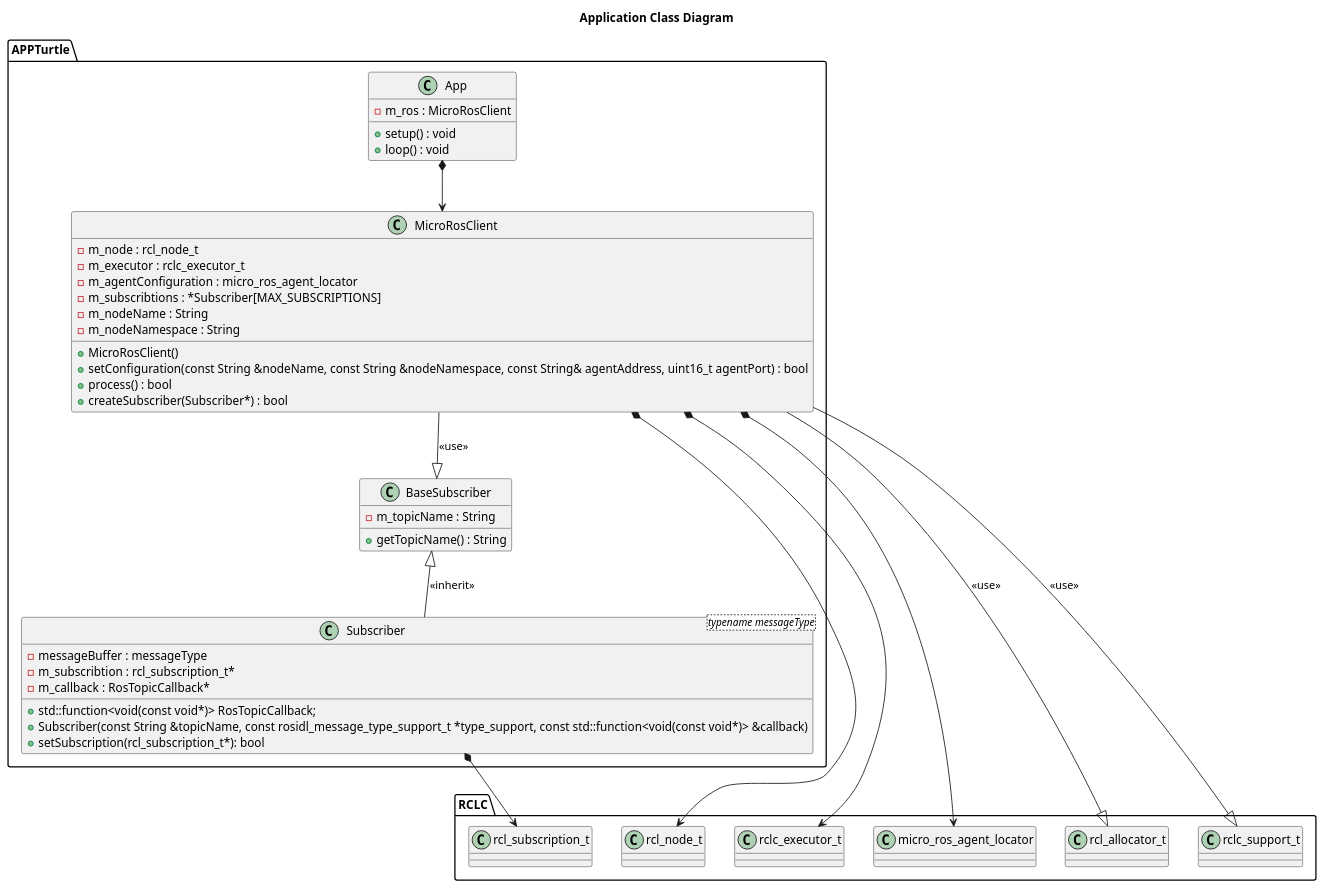
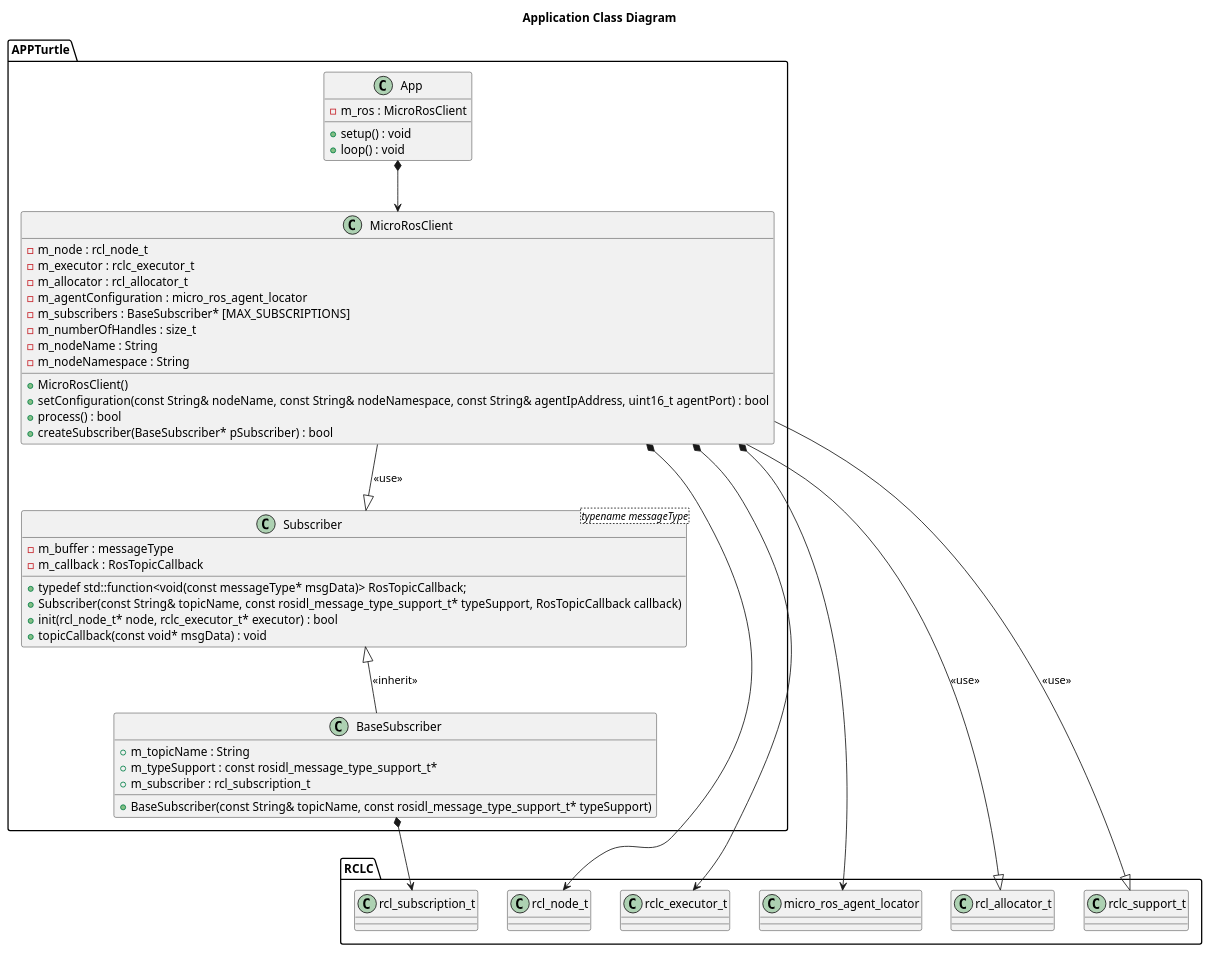
One commit to BlueAndi/DroidControlShip changed the diagram in doc/ROS2/uml/Application.puml. Above: the diagram before and after it, drawn with PlantUML.

Commit message:
Updated UML diagram

```diff
--- a/doc/ROS2/uml/Application.puml
+++ b/doc/ROS2/uml/Application.puml
@@ -1,85 +1,77 @@
 @startuml Application Class Diagram
 
 Title Application Class Diagram
 
 package "APPTurtle" as app_package {
     class "App" as app {
         - m_ros : MicroRosClient
         + setup() : void
         + loop() : void
     }
 
     class "MicroRosClient" as ros_wrapper {
         - m_node : rcl_node_t
         - m_executor : rclc_executor_t
+        - m_allocator : rcl_allocator_t
         - m_agentConfiguration : micro_ros_agent_locator
-        - m_subscribtions : *Subscriber[MAX_SUBSCRIPTIONS]
+        - m_subscribers : BaseSubscriber* [MAX_SUBSCRIPTIONS]
+        - m_numberOfHandles : size_t
         - m_nodeName : String
         - m_nodeNamespace : String
         + MicroRosClient()
-        + setConfiguration(const String &nodeName, const String &nodeNamespace, const String& agentAddress, uint16_t agentPort) : bool
+        + setConfiguration(const String& nodeName, const String& nodeNamespace, const String& agentIpAddress, uint16_t agentPort) : bool
         + process() : bool
-        + createSubscriber(Subscriber*) : bool
+        + createSubscriber(BaseSubscriber* pSubscriber) : bool
     }
 
     class "BaseSubscriber" as baseSub
     {
-        - m_topicName : String
-        + getTopicName() : String
+        + m_topicName : String   
+        + m_typeSupport : const rosidl_message_type_support_t*
+        + m_subscriber : rcl_subscription_t
+        + BaseSubscriber(const String& topicName, const rosidl_message_type_support_t* typeSupport)
     }
 
     class "Subscriber"<typename messageType> {
-        - messageBuffer : messageType
-        - m_subscribtion : rcl_subscription_t*
-        - m_callback : RosTopicCallback*
-        + std::function<void(const void*)> RosTopicCallback;
-        + Subscriber(const String &topicName, const rosidl_message_type_support_t *type_support, const std::function<void(const void*)> &callback)
-        + setSubscription(rcl_subscription_t*): bool
+        - m_buffer : messageType
+        - m_callback : RosTopicCallback
+        + typedef std::function<void(const messageType* msgData)> RosTopicCallback;
+        + Subscriber(const String& topicName, const rosidl_message_type_support_t* typeSupport, RosTopicCallback callback)
+        + init(rcl_node_t* node, rclc_executor_t* executor) : bool
+        + topicCallback(const void* msgData) : void
     }
 
     app *--> ros_wrapper
-    ros_wrapper --|> baseSub : <<use>>
-    baseSub <|-- Subscriber : <<inherit>>
+    ros_wrapper --|> Subscriber : <<use>>
+    Subscriber <|-- baseSub : <<inherit>>
 }
 
 package "RCLC" as rclc {
     class "rcl_node_t" as rcl_node {
     }
 
     class "rclc_executor_t" as rclc_executor {
     }
 
     class "micro_ros_agent_locator" as micro_ros_agent_locator {
     }
 
     class "rcl_allocator_t" as rcl_allocator {
     }
 
     class "rclc_support_t" as rclc_support {
     }
 
     class "rcl_subscription_t" as rcl_subscription {
     }
-
-    ' class "rcl_publisher_t" as rcl_publisher {
-    ' }
 }
 
 ros_wrapper *--> rcl_node
 ros_wrapper *--> rclc_executor
 ros_wrapper *--> micro_ros_agent_locator
 ros_wrapper --|> rcl_allocator : <<use>>
 ros_wrapper --|> rclc_support : <<use>>
 
-Subscriber *--> rcl_subscription
-' ros_wrapper --|> rcl_publisher : <<use>>
-
-
-' note left of rclc
-' Default library values:
-' MAX_PUBLISHERS = 10
-' MAX_SUBSCRIPTIONS = 5
-' end note
-
+baseSub *--> rcl_subscription
 
 @enduml
```
